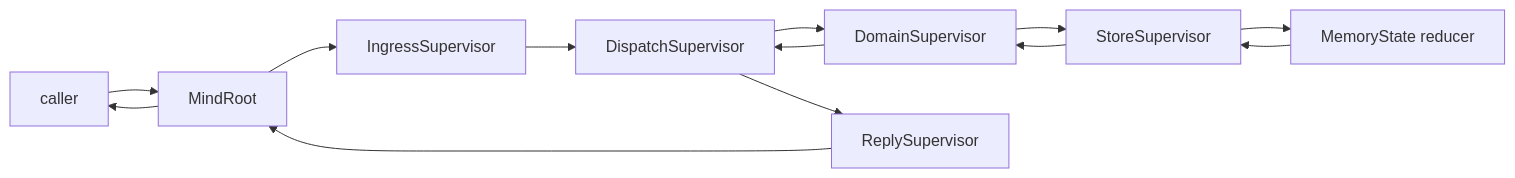
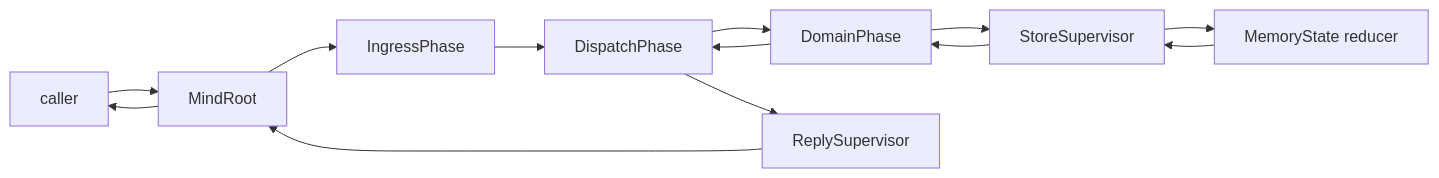
One commit to LiGoldragon/persona-orchestrate changed the fourth of 7 diagrams in ARCHITECTURE.md. Above: the diagram before and after it, drawn with Mermaid. The commit also changed other lines of this file and 8 other files, not shown here.

````diff
--- a/ARCHITECTURE.md
+++ b/ARCHITECTURE.md
@@ -131,15 +131,15 @@
 ```mermaid
 graph LR
     caller[caller] --> root[MindRoot]
-    root --> ingress[IngressSupervisor]
-    ingress --> dispatch[DispatchSupervisor]
-    dispatch --> domain[DomainSupervisor]
+    root --> ingress[IngressPhase]
+    ingress --> dispatch[DispatchPhase]
+    dispatch --> domain[DomainPhase]
     domain --> store[StoreSupervisor]
     store --> reducer[MemoryState reducer]
     reducer --> store
     store --> domain
     domain --> dispatch
     dispatch --> reply[ReplySupervisor]
     reply --> root
     root --> caller
 ```
````
